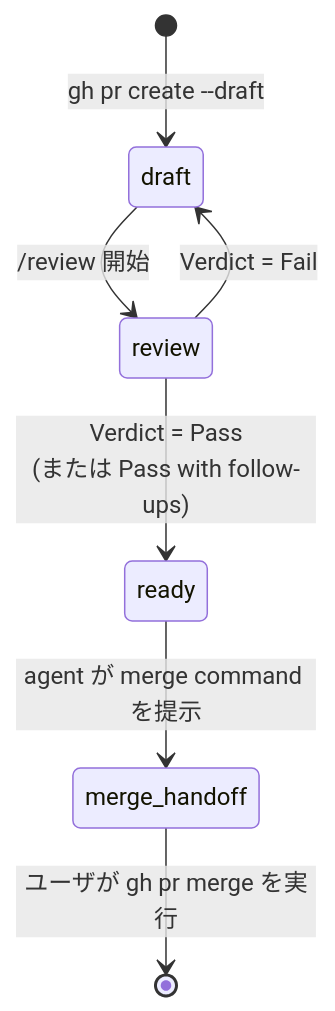
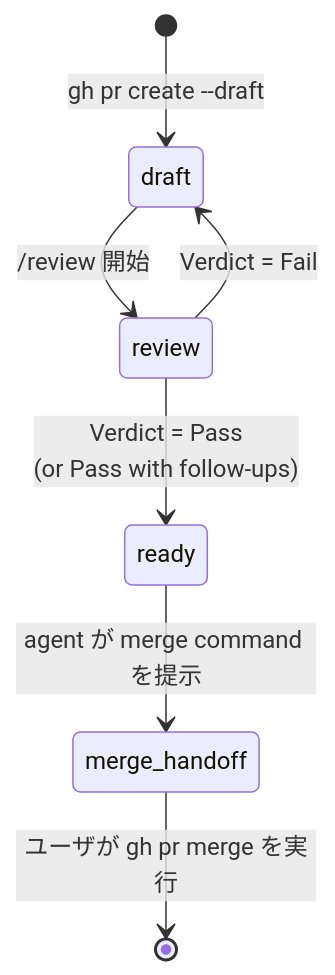
Before and after one commit to mew-ton/soloscrum: the diagram in docs/src/content/docs/ja/concept/pr-lifecycle.md, drawn with Mermaid.

Commit message:
fix(docs): keep Pass/Fail/follow-ups domain terms English in JA Mermaid
Edge label `Verdict = Pass<br/>(または Pass with follow-ups)` mixed
JA connector with English domain terms. Per the i18n translation policy
(domain terms stay English), replace `または` with `or` so the verdict-name
labels remain byte-identical to the EN version.

````diff
--- a/docs/src/content/docs/ja/concept/pr-lifecycle.md
+++ b/docs/src/content/docs/ja/concept/pr-lifecycle.md
@@ -18,9 +18,9 @@
 ```mermaid
 stateDiagram-v2
     [*] --> draft: gh pr create --draft
     draft --> review: /review 開始
-    review --> ready: Verdict = Pass<br/>(または Pass with follow-ups)
+    review --> ready: Verdict = Pass<br/>(or Pass with follow-ups)
     review --> draft: Verdict = Fail
     ready --> merge_handoff: agent が merge command を提示
     merge_handoff --> [*]: ユーザが gh pr merge を実行
 ```
````
